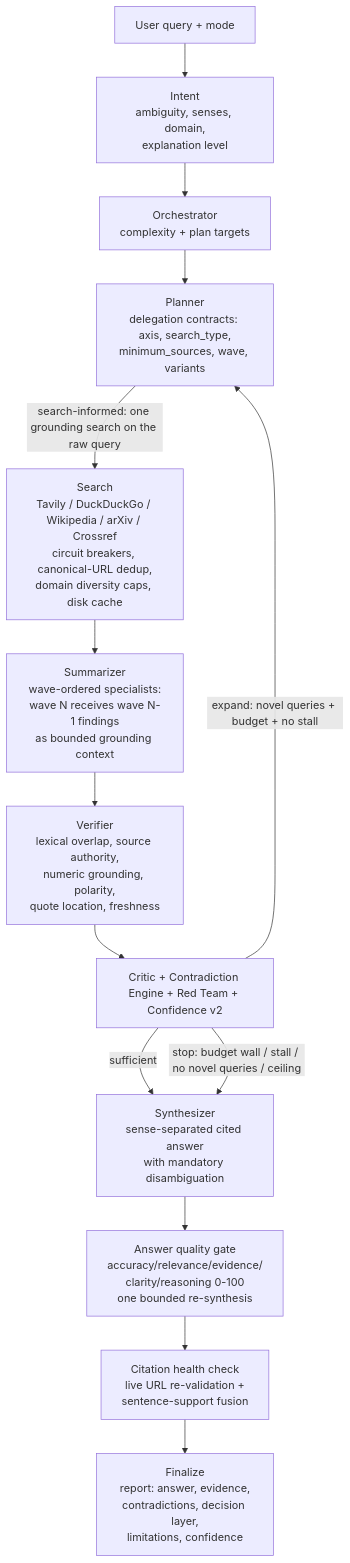
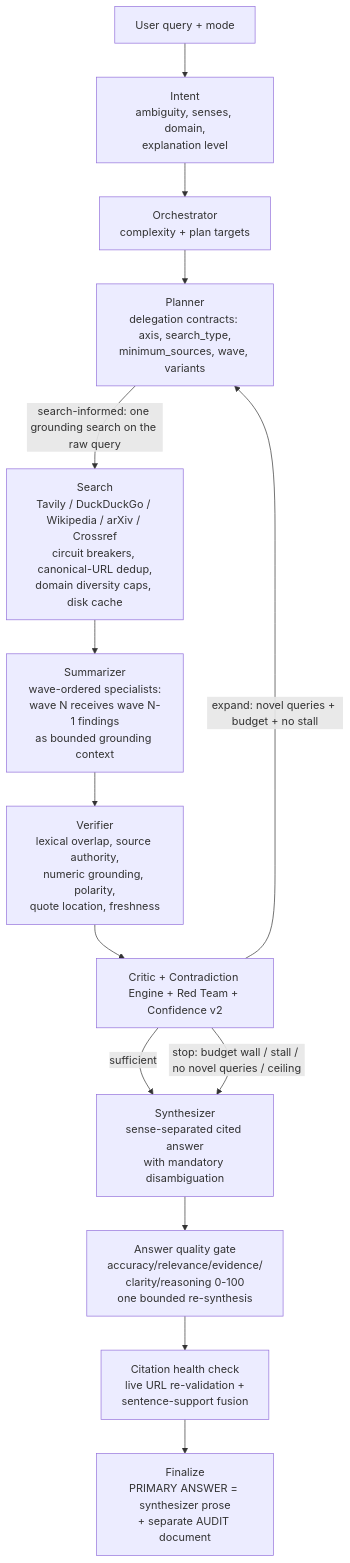
Before and after one commit to AdnanZamanNiloy/mars-ai: the diagram in ARCHITECTURE.md, drawn with Mermaid. The commit also changed other lines of this file and 9 other files, not shown here.

````diff
--- a/ARCHITECTURE.md
+++ b/ARCHITECTURE.md
@@ -10,17 +10,17 @@
 ```mermaid
 flowchart TD
     Q[User query + mode] --> IN[Intent<br/>ambiguity, senses, domain,<br/>explanation level]
     IN --> ORCH[Orchestrator<br/>complexity + plan targets]
     ORCH --> PL[Planner<br/>delegation contracts: axis, search_type,<br/>minimum_sources, wave, variants]
     PL -->|search-informed: one grounding search on the raw query| SE
     SE[Search<br/>Tavily / DuckDuckGo / Wikipedia / arXiv / Crossref<br/>circuit breakers, canonical-URL dedup,<br/>domain diversity caps, disk cache]
     SE --> SU[Summarizer<br/>wave-ordered specialists:<br/>wave N receives wave N-1 findings<br/>as bounded grounding context]
     SU --> VE[Verifier<br/>lexical overlap, source authority,<br/>numeric grounding, polarity,<br/>quote location, freshness]
     VE --> CR[Critic + Contradiction Engine + Red Team + Confidence v2]
     CR -->|sufficient| SY[Synthesizer<br/>sense-separated cited answer<br/>with mandatory disambiguation]
     CR -->|expand: novel queries + budget + no stall| PL
     CR -->|stop: budget wall / stall / no novel queries / ceiling| SY
     SY --> QG[Answer quality gate<br/>accuracy/relevance/evidence/<br/>clarity/reasoning 0-100<br/>one bounded re-synthesis]
     QG --> CH[Citation health check<br/>live URL re-validation +<br/>sentence-support fusion]
-    CH --> FIN[Finalize<br/>report: answer, evidence,<br/>contradictions, decision layer,<br/>limitations, confidence]
+    CH --> FIN[Finalize<br/>PRIMARY ANSWER = synthesizer prose<br/>+ separate AUDIT document]
 ```
````
